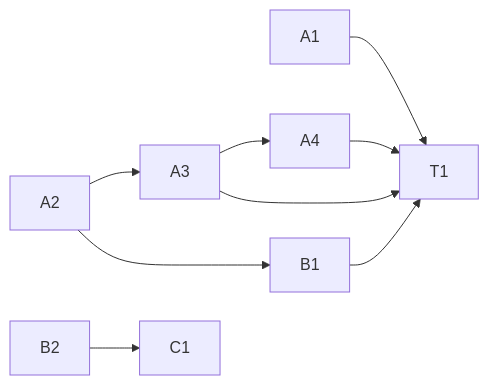
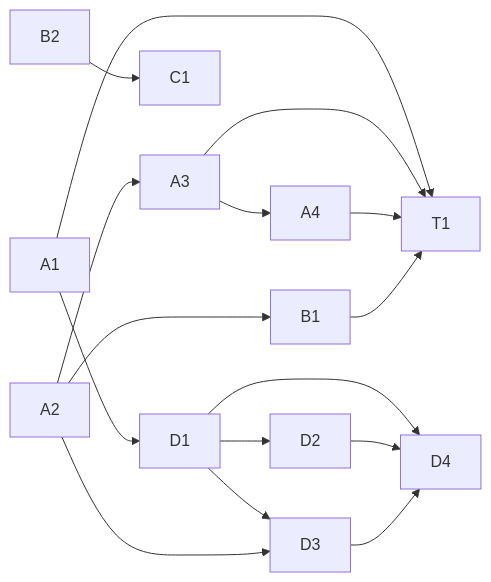
One commit to Yuanuite/wuli-personal-ai-teaching-assistant changed the diagram in docs/core-failure-attribution-repair-work-tree.md. Above: the diagram before and after it, drawn with Mermaid. The commit also changed other lines of this file and 27 other files, not shown here.

````diff
--- a/docs/core-failure-attribution-repair-work-tree.md
+++ b/docs/core-failure-attribution-repair-work-tree.md
@@ -72,11 +84,18 @@
 ```mermaid
 flowchart LR
     A1 --> T1
     A2 --> A3
     A2 --> B1
     A3 --> A4
     A3 --> T1
     B2 --> C1
     A4 --> T1
     B1 --> T1
+    A1 --> D1
+    D1 --> D2
+    D1 --> D3
+    A2 --> D3
+    D1 --> D4
+    D2 --> D4
+    D3 --> D4
 ```
````
